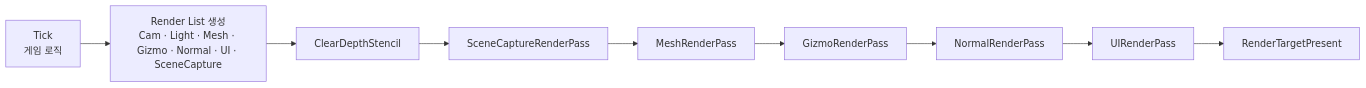
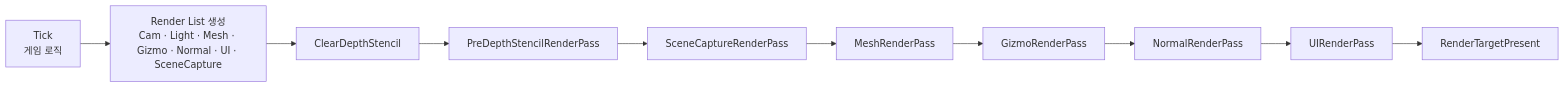
Before and after one commit to Gat-Young/ForestPearlEngine: the sixth of 27 diagrams in README.md, drawn with Mermaid. The commit also changed other lines of this file and 4 other files, not shown here.

````diff
--- a/README.md
+++ b/README.md
@@ -654,11 +658,12 @@
 ```mermaid
 flowchart LR
     T["Tick<br/>게임 로직"] --> L["Render List 생성<br/>Cam · Light · Mesh · Gizmo · Normal · UI · SceneCapture"]
     L --> C["ClearDepthStencil"]
-    C --> SC["SceneCaptureRenderPass"]
+    C --> PD["PreDepthStencilRenderPass"]
+    PD --> SC["SceneCaptureRenderPass"]
     SC --> P1["MeshRenderPass"]
     P1 --> P2["GizmoRenderPass"]
     P2 --> PN["NormalRenderPass"]
     PN --> P3["UIRenderPass"]
     P3 --> PR["RenderTargetPresent"]
 ```
````
